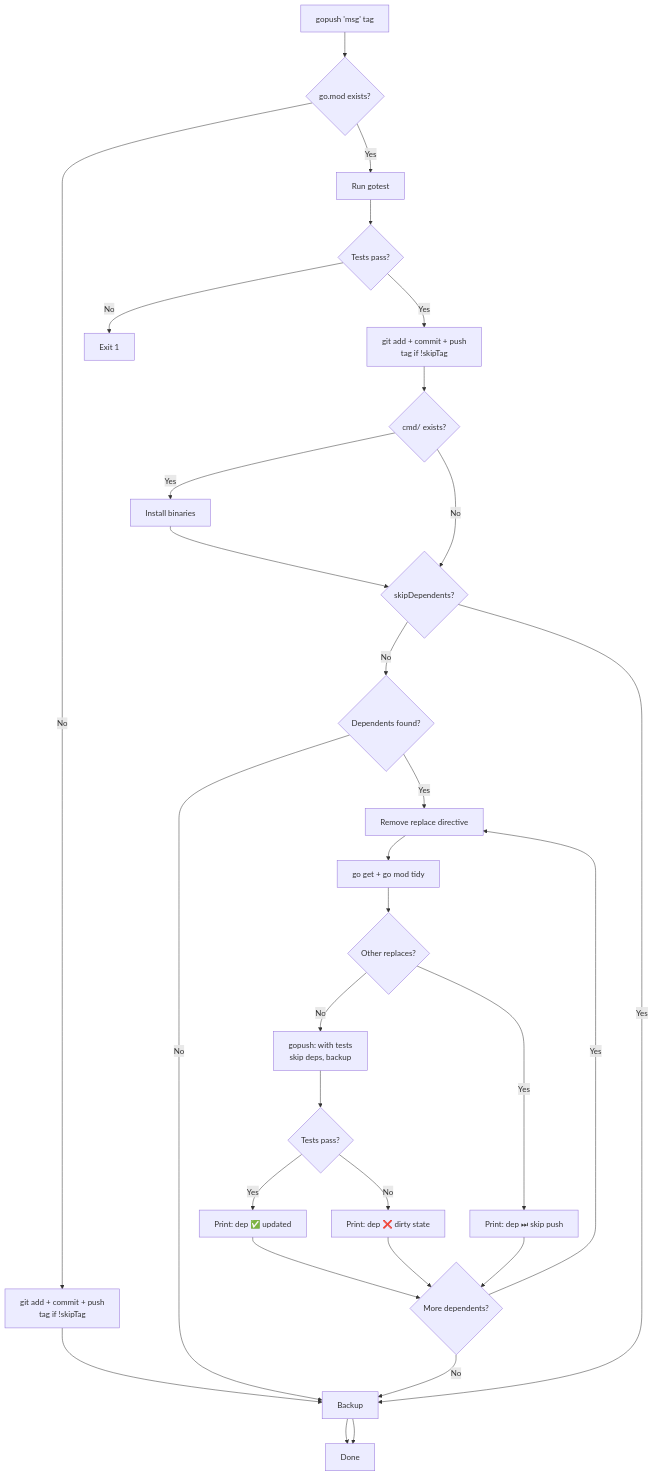
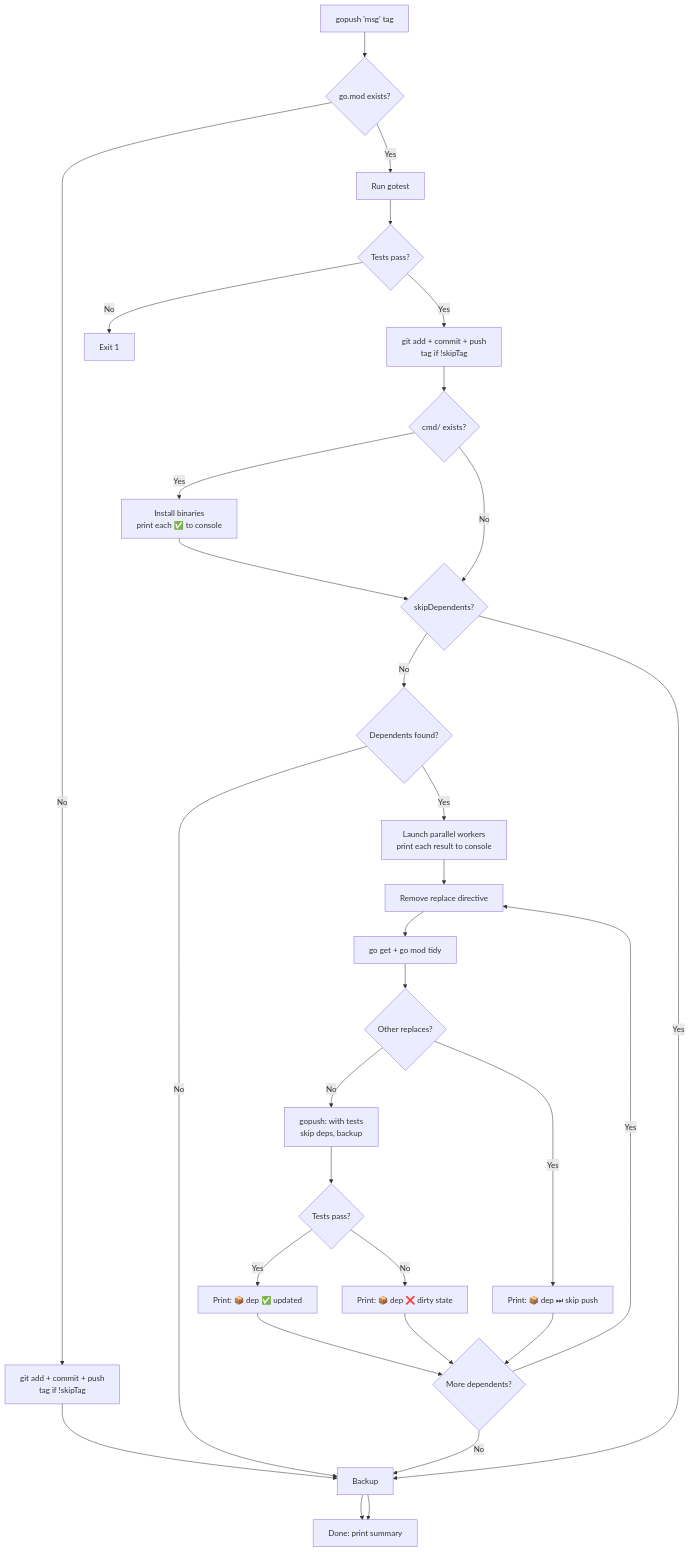
Before and after one commit to tinywasm/devflow: the diagram in docs/diagrams/GOPUSH_FLOW.md, drawn with Mermaid. The commit also changed other lines of this file and 9 other files, not shown here.

````diff
--- a/docs/diagrams/GOPUSH_FLOW.md
+++ b/docs/diagrams/GOPUSH_FLOW.md
@@ -5,32 +5,33 @@
 ```mermaid
 flowchart TD
     A[gopush 'msg' tag] --> B{go.mod exists?}
     B -- No --> C[git add + commit + push<br/>tag if !skipTag]
     C --> M[Backup]
-    M --> D[Done]
+    M --> D[Done: print summary]
     B -- Yes --> E[Run gotest]
     E --> F{Tests pass?}
     F -- No --> G[Exit 1]
     F -- Yes --> H[git add + commit + push<br/>tag if !skipTag]
     H --> I{cmd/ exists?}
-    I -- Yes --> J[Install binaries]
+    I -- Yes --> J[Install binaries<br/>print each ✅ to console]
     I -- No --> K{skipDependents?}
     J --> K
     K -- No --> L{Dependents found?}
     L -- No --> M
-    L -- Yes --> L1[Remove replace directive]
+    L -- Yes --> L0[Launch parallel workers<br/>print each result to console]
+    L0 --> L1[Remove replace directive]
     L1 --> L2[go get + go mod tidy]
     L2 --> L3{Other replaces?}
     L3 -- No --> L4[gopush: with tests<br/>skip deps, backup]
     L4 --> L7{Tests pass?}
-    L7 -- Yes --> L8[Print: dep ✅ updated]
-    L7 -- No --> L9[Print: dep ❌ dirty state]
-    L3 -- Yes --> L5[Print: dep ⏭ skip push]
+    L7 -- Yes --> L8[Print: 📦 dep ✅ updated]
+    L7 -- No --> L9[Print: 📦 dep ❌ dirty state]
+    L3 -- Yes --> L5[Print: 📦 dep ⏭ skip push]
     L8 --> L6{More dependents?}
     L9 --> L6
     L5 --> L6
     L6 -- Yes --> L1
     L6 -- No --> M
     K -- Yes --> M
     M --> D
 ```
````
